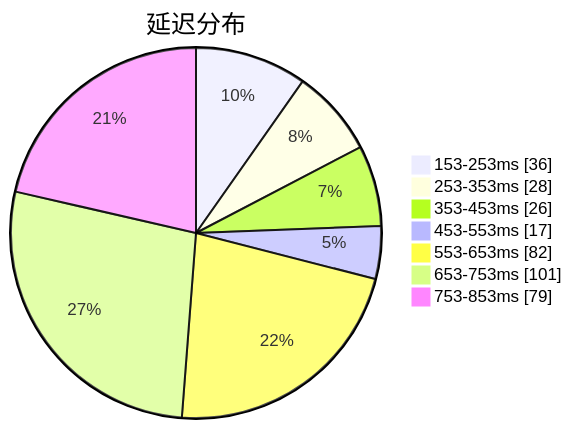
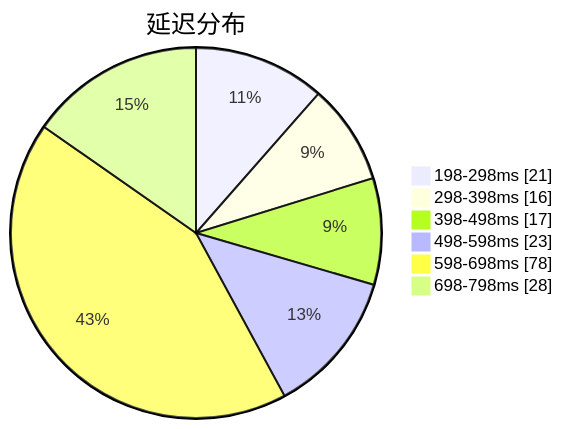
The first of 3 diagrams in subs/statistics/tested_within.md (qjlxg/airport), drawn with Mermaid before and after one commit. The commit also changed other lines of this file and 2 other files, not shown here.

Commit message:
Tested by metaST

````diff
--- a/subs/statistics/tested_within.md
+++ b/subs/statistics/tested_within.md
@@ -2,11 +2,10 @@
 ```mermaid
 pie showData
 title 延迟分布
-"153-253ms" : 36
-"253-353ms" : 28
-"353-453ms" : 26
-"453-553ms" : 17
-"553-653ms" : 82
-"653-753ms" : 101
-"753-853ms" : 79
+"198-298ms" : 21
+"298-398ms" : 16
+"398-498ms" : 17
+"498-598ms" : 23
+"598-698ms" : 78
+"698-798ms" : 28
 ```
````
